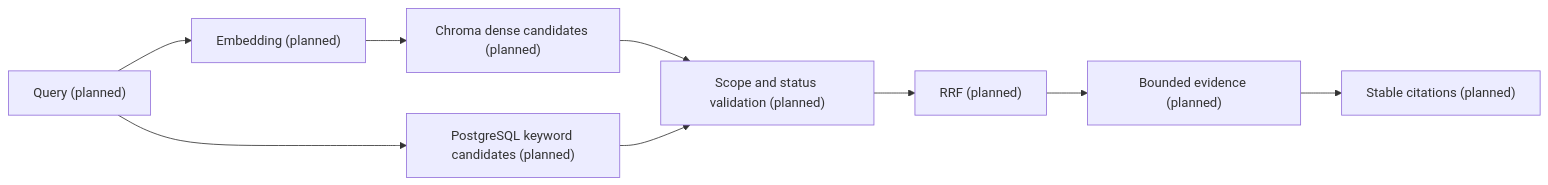
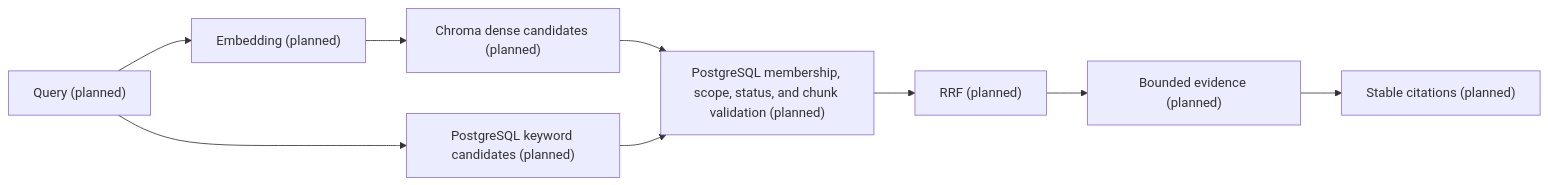
The fourth of 5 diagrams in docs/architecture.md (hyperweng821-commits/Agentic-Rag-Platform), drawn with Mermaid before and after one commit. The commit also changed other lines of this file and 58 other files, not shown here.

````diff
--- a/docs/architecture.md
+++ b/docs/architecture.md
@@ -208,11 +280,11 @@
 ```mermaid
 flowchart LR
     Query["Query (planned)"] --> Embedding["Embedding (planned)"]
     Embedding --> Dense["Chroma dense candidates (planned)"]
     Query --> Keyword["PostgreSQL keyword candidates (planned)"]
-    Dense --> Validate["Scope and status validation (planned)"]
+    Dense --> Validate["PostgreSQL membership, scope, status, and chunk validation (planned)"]
     Keyword --> Validate
     Validate --> RRF["RRF (planned)"]
     RRF --> Evidence["Bounded evidence (planned)"]
     Evidence --> Citations["Stable citations (planned)"]
 ```
````
